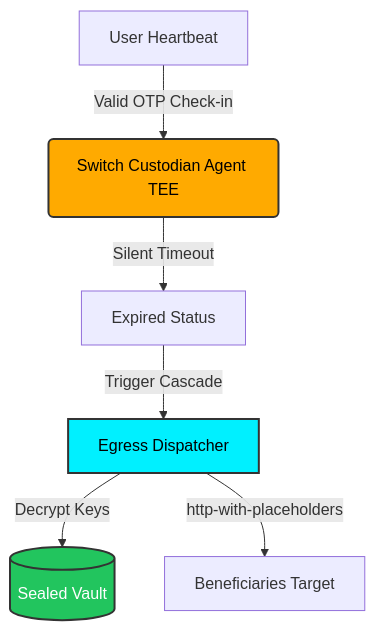
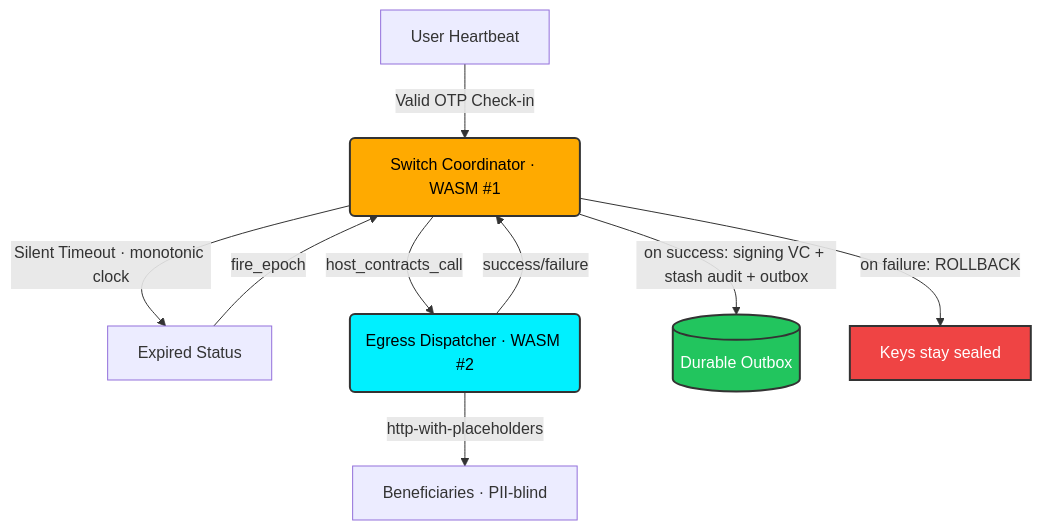
Before and after one commit to edycutjong/epoch: the diagram in README.md, drawn with Mermaid. The commit also changed other lines of this file and 4 other files, not shown here.

Commit message:
docs/ui: update dead-mans switch dashboard and document system architecture

````diff
--- a/README.md
+++ b/README.md
@@ -65,11 +67,15 @@
 ```mermaid
 graph TD
-    A[User Heartbeat] -->|Valid OTP Check-in| B(Switch Custodian Agent TEE)
-    B -->|Silent Timeout| C[Expired Status]
-    C -->|Trigger Cascade| D[Egress Dispatcher]
-    D -->|Decrypt Keys| E[(Sealed Vault)]
-    D -->|http-with-placeholders| F[Beneficiaries Target]
+    A[User Heartbeat] -->|Valid OTP Check-in| B(Switch Coordinator · WASM #1)
+    B -->|Silent Timeout · monotonic clock| C[Expired Status]
+    C -->|fire_epoch| B
+    B -->|host_contracts_call| D(Egress Dispatcher · WASM #2)
+    D -->|http-with-placeholders| F[Beneficiaries · PII-blind]
+    D -->|success/failure| B
+    B -->|on success: signing VC + stash audit + outbox| G[(Durable Outbox)]
+    B -->|on failure: ROLLBACK| H[Keys stay sealed]
     style B fill:#ffaa00,stroke:#333,stroke-width:2px,color:#000
     style D fill:#00f0ff,stroke:#333,stroke-width:2px,color:#000
-    style E fill:#22c55e,stroke:#333,stroke-width:2px,color:#fff
+    style G fill:#22c55e,stroke:#333,stroke-width:2px,color:#fff
+    style H fill:#ef4444,stroke:#333,stroke-width:2px,color:#fff
 ```
````
